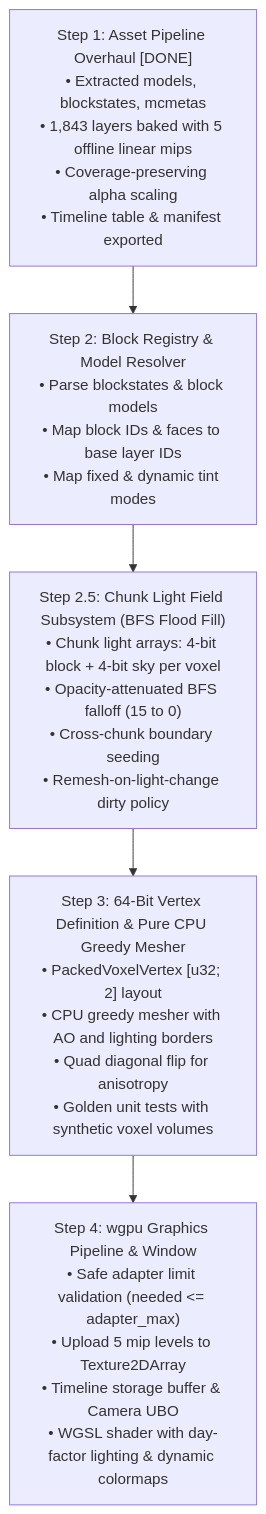
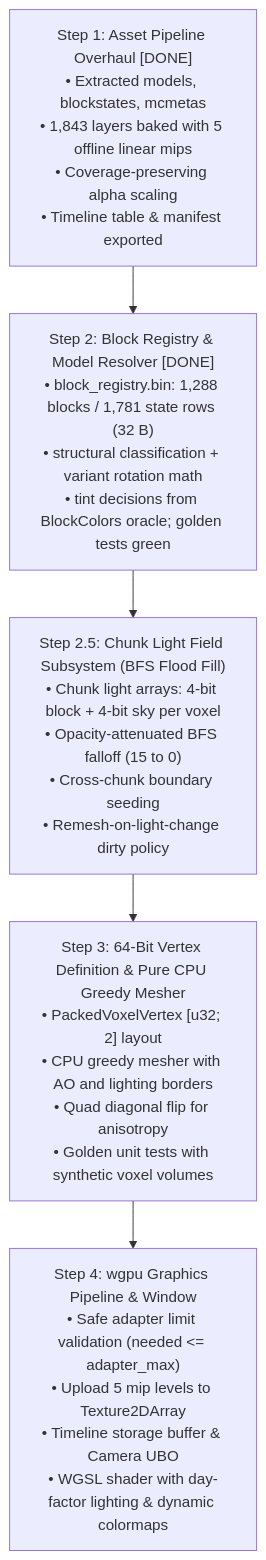
The diagram in SPECS.md (Merchant-Of-Life/crack-me), drawn with Mermaid before and after one commit. The commit also changed other lines of this file and 2 other files, not shown here.

Commit message:
step2: offline block registry baker (1,288 blocks / 1,781 states, 32B rows, golden tests)

````diff
--- a/SPECS.md
+++ b/SPECS.md
@@ -156,10 +225,10 @@
 ```mermaid
 flowchart TD
-    Step1["Step 1: Asset Pipeline Overhaul [DONE]<br/>• Extracted models, blockstates, mcmetas<br/>• 1,843 layers baked with 5 offline linear mips<br/>• Coverage-preserving alpha scaling<br/>• Timeline table & manifest exported"] --> Step2["Step 2: Block Registry & Model Resolver<br/>• Parse blockstates & block models<br/>• Map block IDs & faces to base layer IDs<br/>• Map fixed & dynamic tint modes"]
+    Step1["Step 1: Asset Pipeline Overhaul [DONE]<br/>• Extracted models, blockstates, mcmetas<br/>• 1,843 layers baked with 5 offline linear mips<br/>• Coverage-preserving alpha scaling<br/>• Timeline table & manifest exported"] --> Step2["Step 2: Block Registry & Model Resolver [DONE]<br/>• block_registry.bin: 1,288 blocks / 1,781 state rows (32 B)<br/>• structural classification + variant rotation math<br/>• tint decisions from BlockColors oracle; golden tests green"]
     
     Step2 --> Step2_5["Step 2.5: Chunk Light Field Subsystem (BFS Flood Fill)<br/>• Chunk light arrays: 4-bit block + 4-bit sky per voxel<br/>• Opacity-attenuated BFS falloff (15 to 0)<br/>• Cross-chunk boundary seeding<br/>• Remesh-on-light-change dirty policy"]
     
     Step2_5 --> Step3["Step 3: 64-Bit Vertex Definition & Pure CPU Greedy Mesher<br/>• PackedVoxelVertex [u32; 2] layout<br/>• CPU greedy mesher with AO and lighting borders<br/>• Quad diagonal flip for anisotropy<br/>• Golden unit tests with synthetic voxel volumes"]
     
     Step3 --> Step4["Step 4: wgpu Graphics Pipeline & Window<br/>• Safe adapter limit validation (needed <= adapter_max)<br/>• Upload 5 mip levels to Texture2DArray<br/>• Timeline storage buffer & Camera UBO<br/>• WGSL shader with day-factor lighting & dynamic colormaps"]
 ```
````
